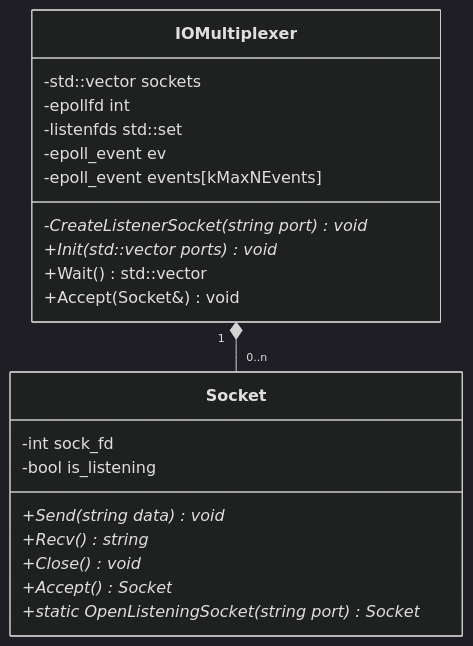
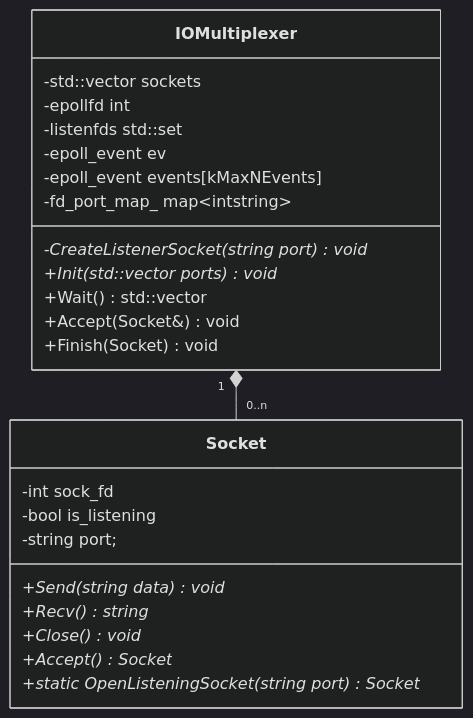
Before and after one commit to katataku/webserv: the diagram in docs/class/socket_class.md, drawn with Mermaid (dark theme). The commit also changed 10 other files, not shown here.

````diff
--- a/docs/class/socket_class.md
+++ b/docs/class/socket_class.md
@@ -3,27 +3,30 @@
 ```mermaid
 classDiagram
   IOMultiplexer "1" *-- "0..n" Socket
 
   class Socket {
     -int sock_fd
     -bool is_listening
+    -string port;
     +Send(string data)* void
     +Recv()* string
     +Close()* void
     +Accept()* Socket
     +static OpenListeningSocket(string port)* Socket
   }
 
   class IOMultiplexer {
     -std::vector<Socket> sockets
     -epollfd int
     -listenfds std::set<int>
     -epoll_event ev
     -epoll_event events[kMaxNEvents]
+    -fd_port_map_ map~intstring~
     -CreateListenerSocket(string port)* void
     +Init(std::vector<std::string> ports)* void
     +Wait() std::vector<Socket*>
     +Accept(Socket&) void
+    +Finish(Socket) void
   }
 
 ```
````
